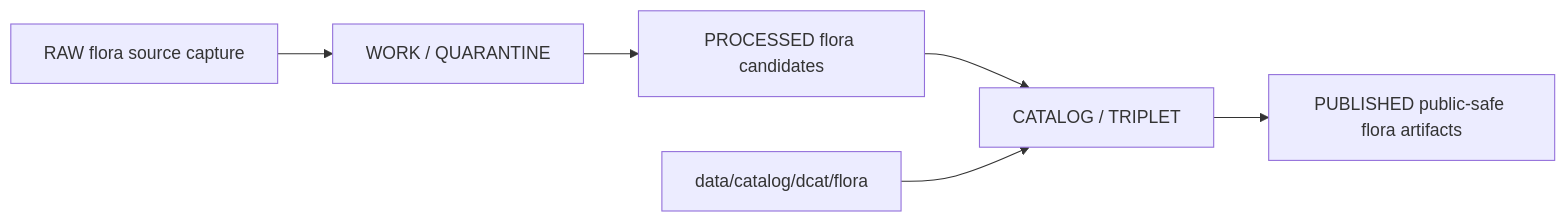
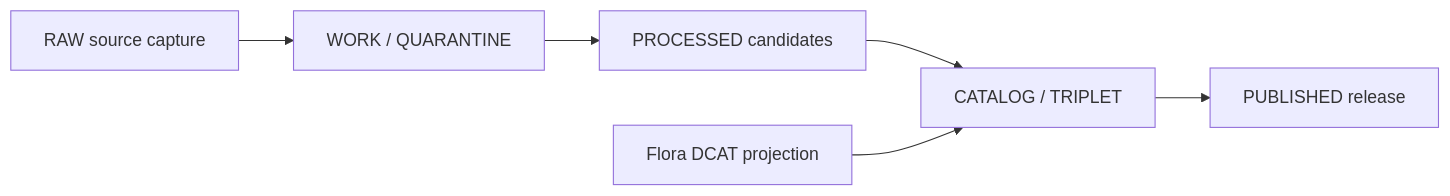
Before and after one commit to bartytime4life/Kansas-Frontier-Matrix: the diagram in data/catalog/dcat/flora/README.md, drawn with Mermaid. The commit also changed other lines of this file, not shown here.

Commit message:
docs(catalog): upgrade Flora DCAT lane guide

````diff
--- a/data/catalog/dcat/flora/README.md
+++ b/data/catalog/dcat/flora/README.md
@@ -70,8 +80,8 @@
 ```mermaid
 flowchart LR
-  RAW[RAW flora source capture] --> WORK[WORK / QUARANTINE]
-  WORK --> PROCESSED[PROCESSED flora candidates]
-  PROCESSED --> CATALOG[CATALOG / TRIPLET]
-  CATALOG --> PUBLISHED[PUBLISHED public-safe flora artifacts]
-  DCAT[data/catalog/dcat/flora] --> CATALOG
+  A["RAW source capture"] --> B["WORK / QUARANTINE"]
+  B --> C["PROCESSED candidates"]
+  C --> D["CATALOG / TRIPLET"]
+  D --> E["PUBLISHED release"]
+  F["Flora DCAT projection"] --> D
 ```
````
